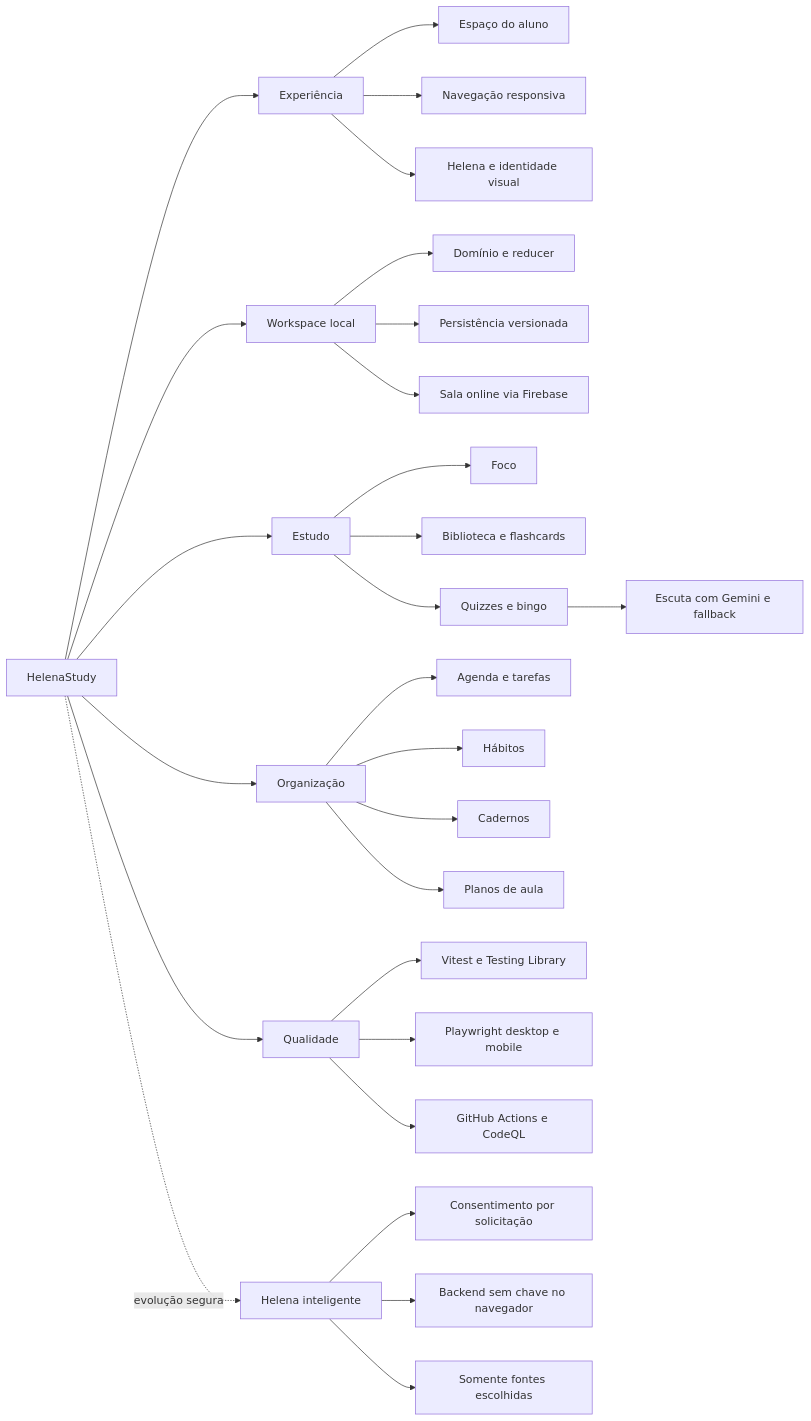
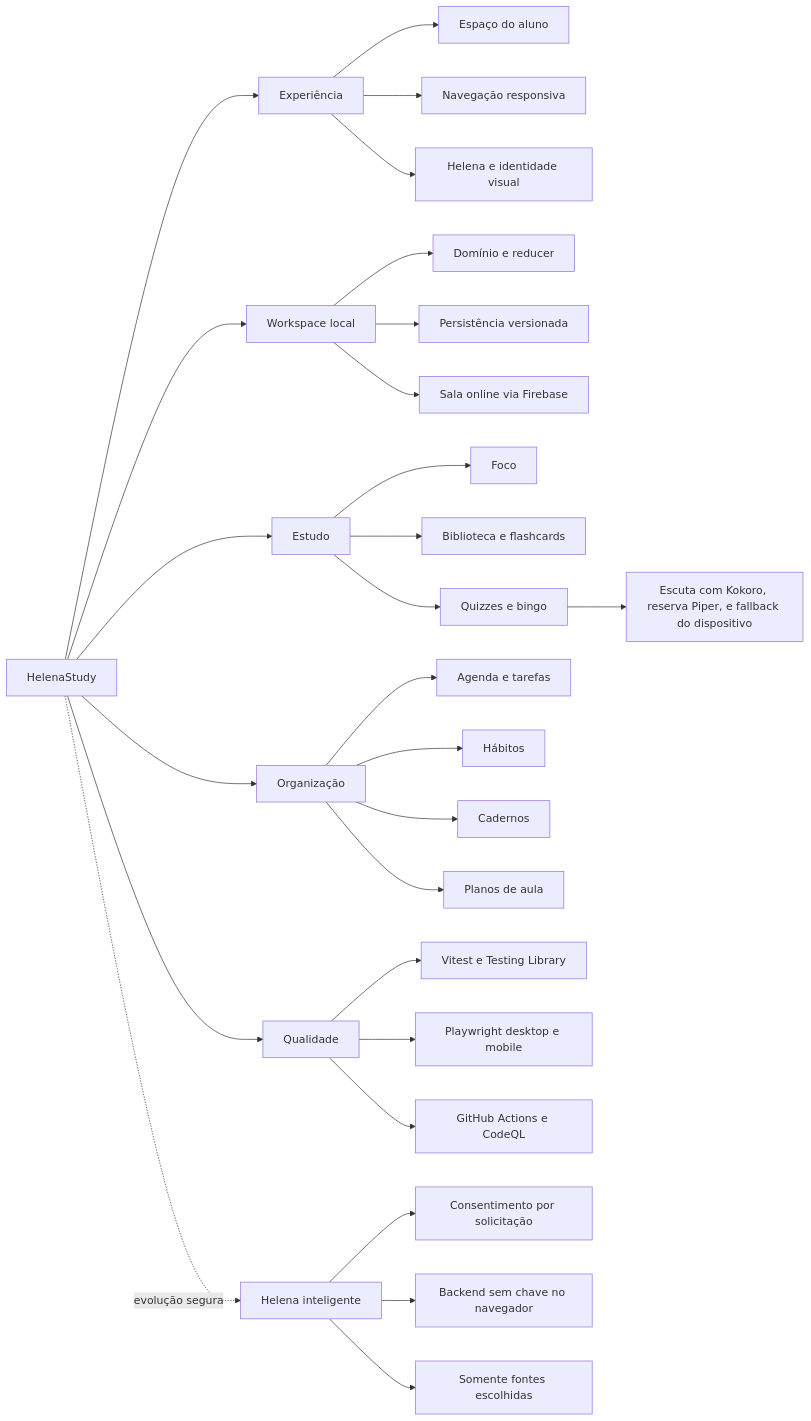
One commit to olive644/helenastudy changed the diagram in docs/SECOND_BRAIN.md. Above: the diagram before and after it, drawn with Mermaid. The commit also changed other lines of this file and 35 other files, not shown here.

````diff
--- a/docs/SECOND_BRAIN.md
+++ b/docs/SECOND_BRAIN.md
@@ -73,35 +75,35 @@
 ```mermaid
 flowchart LR
   HS[HelenaStudy] --> UX[Experiência]
   HS --> DATA[Workspace local]
   HS --> STUDY[Estudo]
   HS --> ORG[Organização]
   HS --> QUALITY[Qualidade]
   HS -. evolução segura .-> INTEL[Helena inteligente]
 
   UX --> TODAY[Espaço do aluno]
   UX --> NAV[Navegação responsiva]
   UX --> BRAND[Helena e identidade visual]
 
   DATA --> DOMAIN[Domínio e reducer]
   DATA --> STORAGE[Persistência versionada]
   DATA --> ROOM[Sala online via Firebase]
 
   STUDY --> FOCUS[Foco]
   STUDY --> LIB[Biblioteca e flashcards]
   STUDY --> PRACTICE[Quizzes e bingo]
-  PRACTICE --> LISTEN[Escuta com Gemini e fallback]
+  PRACTICE --> LISTEN[Escuta com Kokoro, reserva Piper, e fallback do dispositivo]
 
   ORG --> PLAN[Agenda e tarefas]
   ORG --> HABITS[Hábitos]
   ORG --> NOTES[Cadernos]
   ORG --> LESSON[Planos de aula]
 
   QUALITY --> UNIT[Vitest e Testing Library]
   QUALITY --> E2E[Playwright desktop e mobile]
   QUALITY --> CI[GitHub Actions e CodeQL]
 
   INTEL --> CONSENT[Consentimento por solicitação]
   INTEL --> BACKEND[Backend sem chave no navegador]
   INTEL --> SOURCES[Somente fontes escolhidas]
 ```
````
